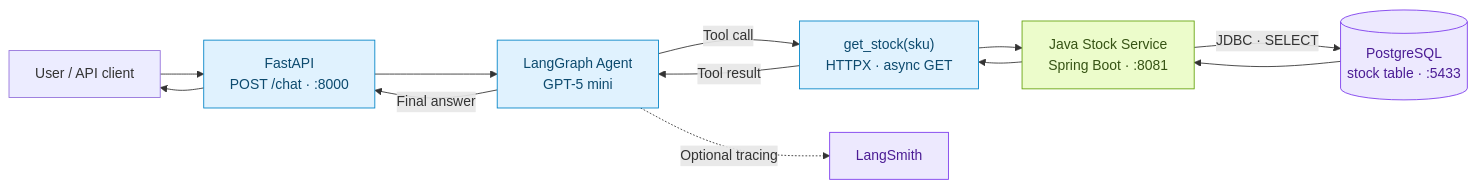
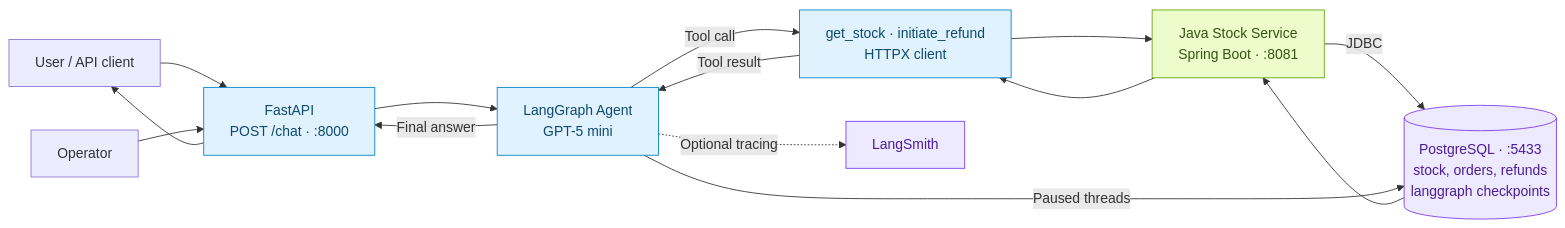
One commit to gocenalper/customer-assistant-agent changed the first of 2 diagrams in README.md. Above: the diagram before and after it, drawn with Mermaid. The commit also changed other lines of this file and 17 other files, not shown here.

First line of the commit message:
Add refund flow with operator approval and PostgreSQL checkpoints

````diff
--- a/README.md
+++ b/README.md
@@ -33,21 +36,23 @@
 ```mermaid
 flowchart LR
     U["User / API client"] --> F["FastAPI<br/>POST /chat · :8000"]
     F --> A["LangGraph Agent<br/>GPT-5 mini"]
-    A -->|Tool call| T["get_stock(sku)<br/>HTTPX · async GET"]
+    O["Operator"] --> F
+    A -->|Tool call| T["get_stock · initiate_refund<br/>HTTPX client"]
     T --> J["Java Stock Service<br/>Spring Boot · :8081"]
-    J -->|JDBC · SELECT| P[("PostgreSQL<br/>stock table · :5433")]
+    J -->|JDBC| P[("PostgreSQL · :5433<br/>stock, orders, refunds<br/>langgraph checkpoints")]
     P --> J
     J --> T
     T -->|Tool result| A
     A -->|Final answer| F
     F --> U
+    A -->|Paused threads| P
     A -. "Optional tracing" .-> L["LangSmith"]
 
     classDef python fill:#e0f2fe,stroke:#0284c7,color:#0c4a6e
     classDef java fill:#ecfccb,stroke:#65a30d,color:#365314
     classDef data fill:#ede9fe,stroke:#7c3aed,color:#4c1d95
     class F,A,T python
     class J java
     class P,L data
 ```
````
